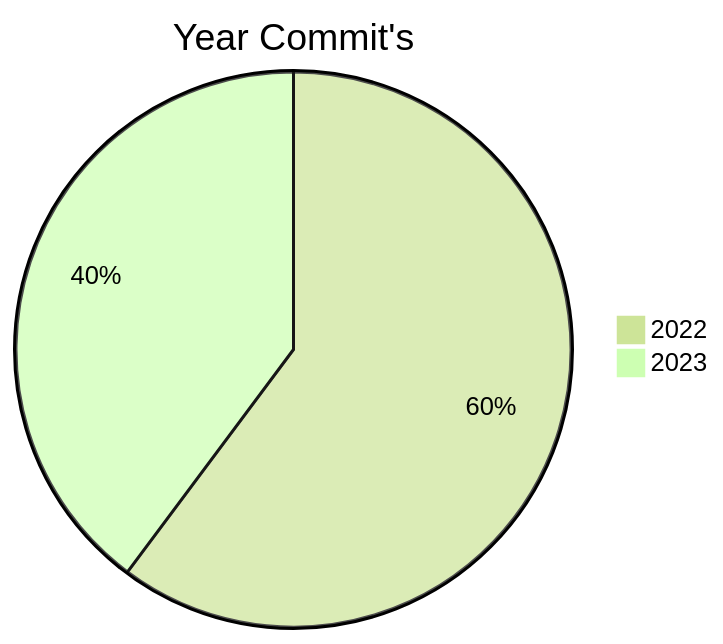
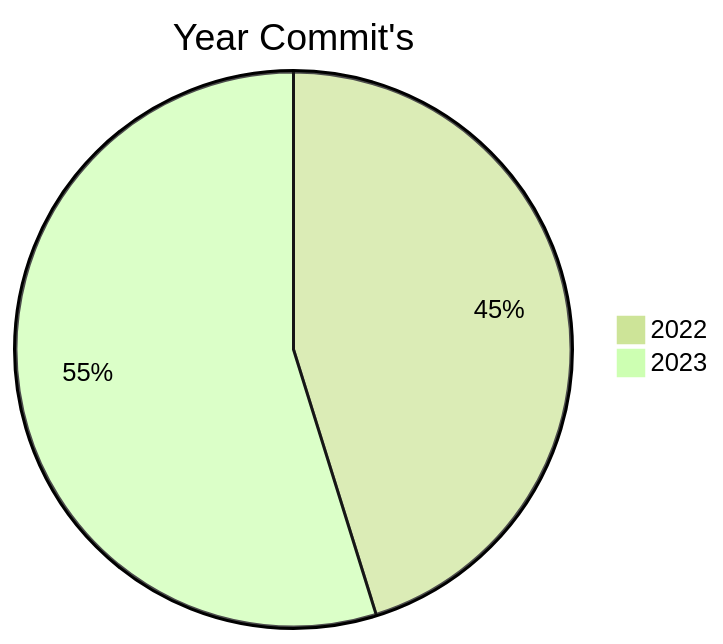
One commit to BackdevHong/YOC changed the first of 2 diagrams in README.md. Above: the diagram before and after it, drawn with Mermaid (forest theme). The commit also changed other lines of this file, not shown here.

````diff
--- a/README.md
+++ b/README.md
@@ -8,5 +8,5 @@
 ```mermaid
 pie title Year Commit's
-    "2022" : 767
+    "2022" : 418
     "2023" : 507
 ```
````
